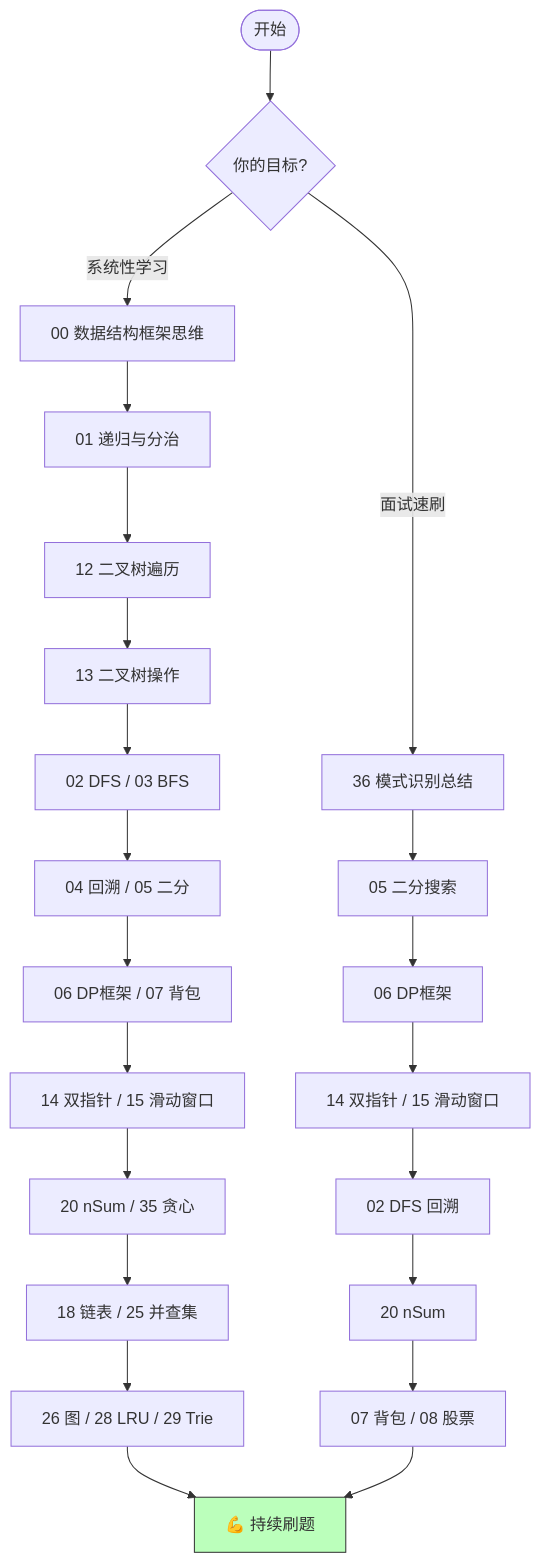
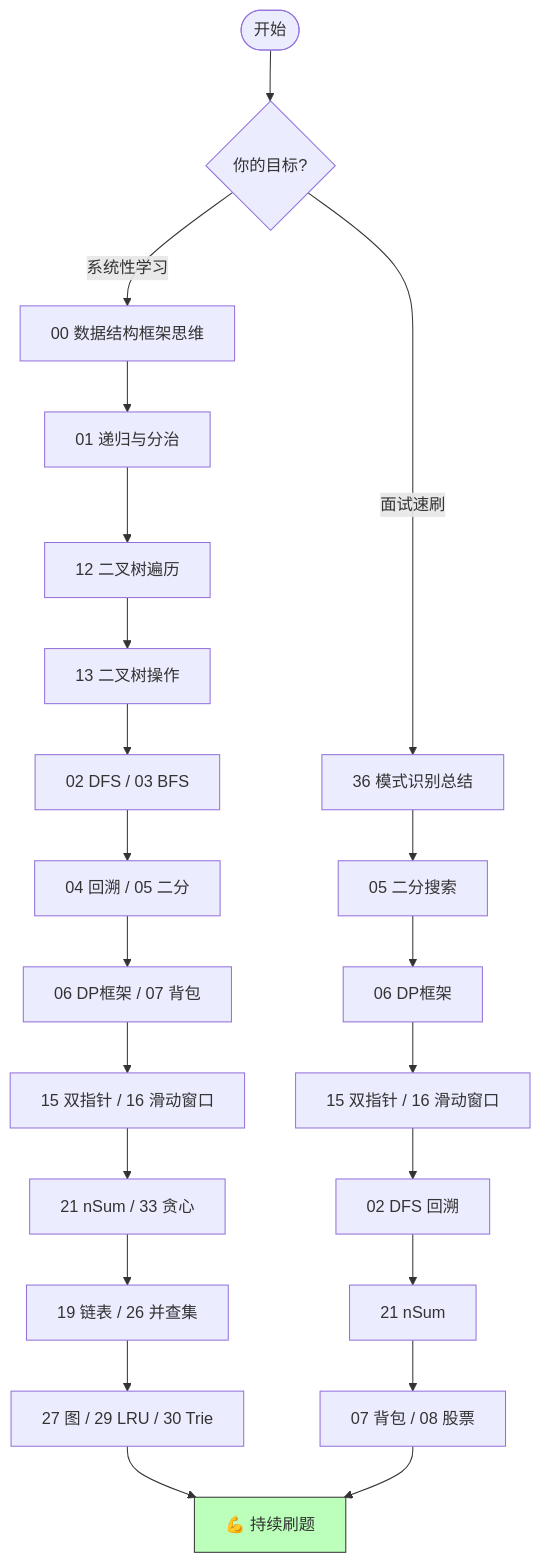
The second of 2 diagrams in algorithm-frameworks/README.md (FleetingEcho/js-algorithm), drawn with Mermaid before and after one commit. The commit also changed other lines of this file and 1076 other files, not shown here.

````diff
--- a/algorithm-frameworks/README.md
+++ b/algorithm-frameworks/README.md
@@ -65,29 +65,29 @@
 ```mermaid
 flowchart TD
     START([开始]) --> CHOOSE{你的目标?}
 
     CHOOSE -->|系统性学习| SYSTEMATIC["00 数据结构框架思维"]
     CHOOSE -->|面试速刷| QUICK["36 模式识别总结"]
 
     SYSTEMATIC --> S01["01 递归与分治"]
     S01 --> S02["12 二叉树遍历"]
     S02 --> S03["13 二叉树操作"]
     S03 --> S04["02 DFS / 03 BFS"]
     S04 --> S05["04 回溯 / 05 二分"]
     S05 --> S06["06 DP框架 / 07 背包"]
-    S06 --> S07["14 双指针 / 15 滑动窗口"]
-    S07 --> S08["20 nSum / 35 贪心"]
-    S08 --> S09["18 链表 / 25 并查集"]
-    S09 --> S10["26 图 / 28 LRU / 29 Trie"]
+    S06 --> S07["15 双指针 / 16 滑动窗口"]
+    S07 --> S08["21 nSum / 33 贪心"]
+    S08 --> S09["19 链表 / 26 并查集"]
+    S09 --> S10["27 图 / 29 LRU / 30 Trie"]
     S10 --> DONE["💪 持续刷题"]
 
     QUICK --> Q01["05 二分搜索"]
     Q01 --> Q02["06 DP框架"]
-    Q02 --> Q03["14 双指针 / 15 滑动窗口"]
+    Q02 --> Q03["15 双指针 / 16 滑动窗口"]
     Q03 --> Q04["02 DFS 回溯"]
-    Q04 --> Q05["20 nSum"]
+    Q04 --> Q05["21 nSum"]
     Q05 --> Q06["07 背包 / 08 股票"]
     Q06 --> DONE
 
     style DONE fill:#bfb,stroke:#333
 ```
````
